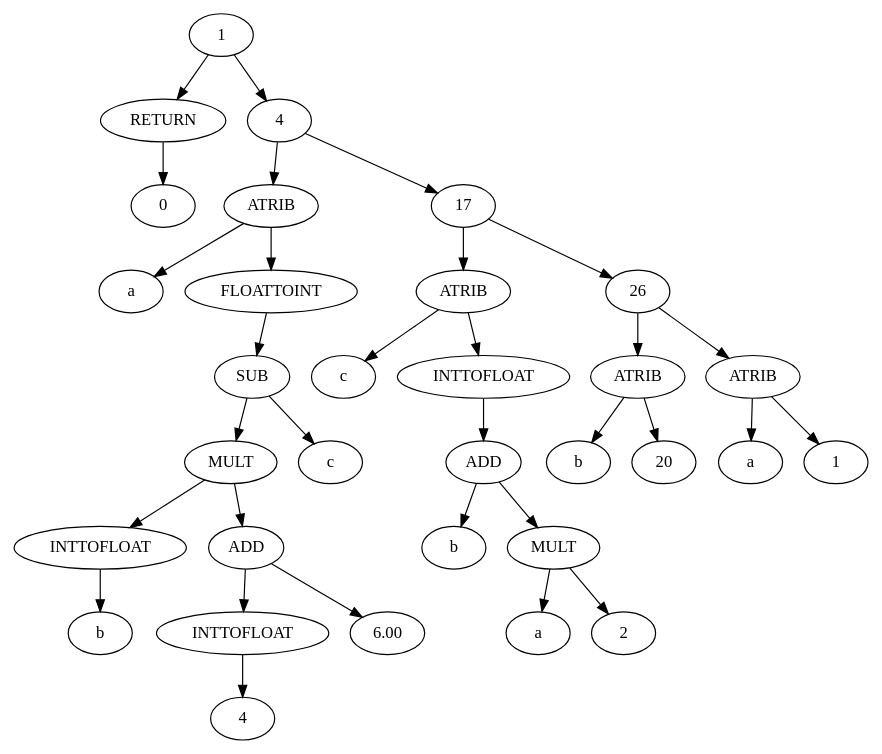
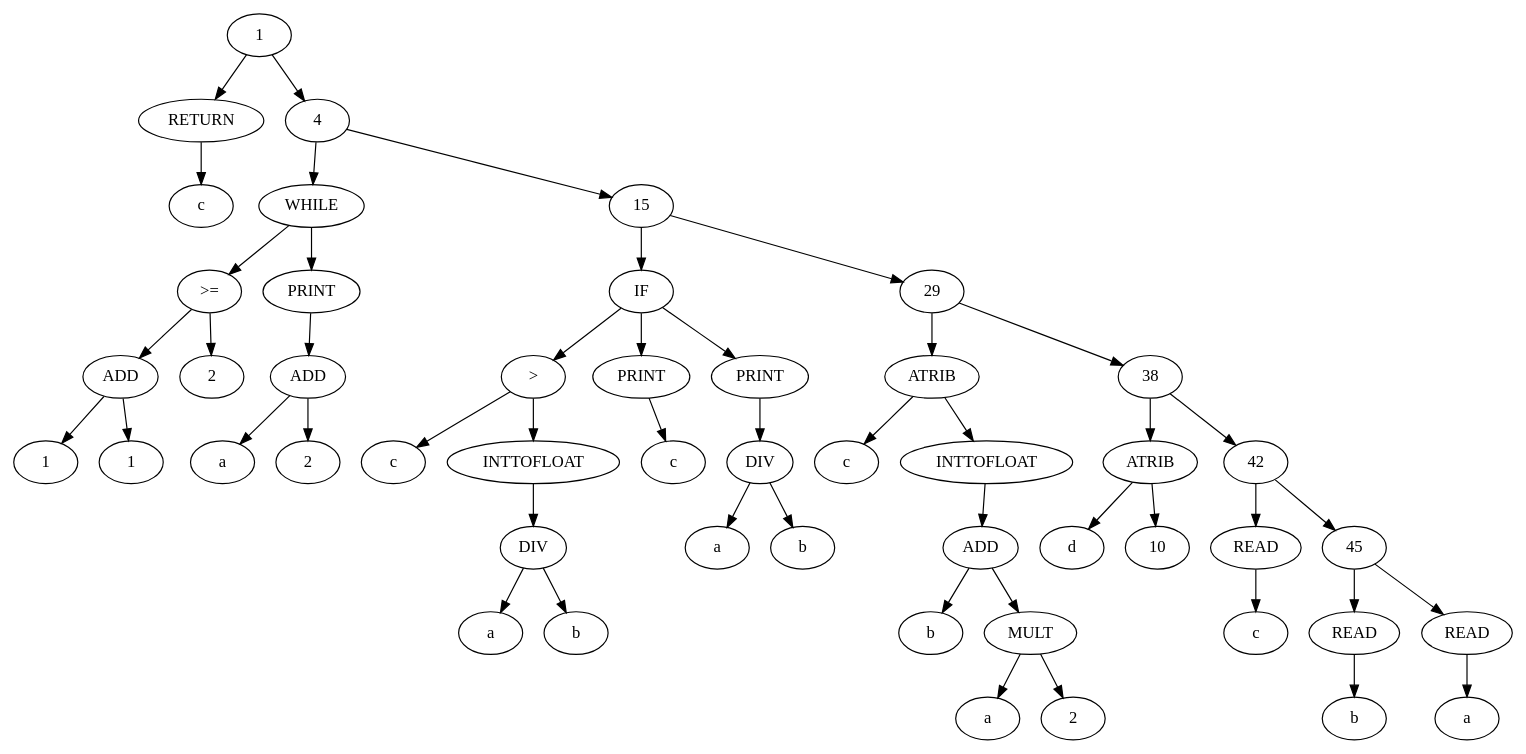
One commit to Kanchii/COM changed the diagram in graph.dot. Above: the diagram before and after it, drawn with Graphviz. The commit also changed 2 other files, not shown here.

```diff
--- a/graph.dot
+++ b/graph.dot
@@ -1,61 +1,92 @@
 digraph G {
 	2 [label = "RETURN"];
-	3 [label = "0"];
-	5 [label = "ATRIB"];
-	6 [label = "a"];
-	7 [label = "FLOATTOINT"];
-	8 [label = "SUB"];
-	9 [label = "MULT"];
-	10 [label = "INTTOFLOAT"];
-	11 [label = "b"];
+	3 [label = "c"];
+	5 [label = "WHILE"];
+	6 [label = ">="];
+	7 [label = "ADD"];
+	8 [label = "1"];
+	9 [label = "1"];
+	10 [label = "2"];
+	11 [label = "PRINT"];
 	12 [label = "ADD"];
-	13 [label = "INTTOFLOAT"];
-	14 [label = "4"];
-	15 [label = "6.00"];
-	16 [label = "c"];
-	18 [label = "ATRIB"];
-	19 [label = "c"];
-	20 [label = "INTTOFLOAT"];
-	21 [label = "ADD"];
+	13 [label = "a"];
+	14 [label = "2"];
+	16 [label = "IF"];
+	17 [label = ">"];
+	18 [label = "c"];
+	19 [label = "INTTOFLOAT"];
+	20 [label = "DIV"];
+	21 [label = "a"];
 	22 [label = "b"];
-	23 [label = "MULT"];
-	24 [label = "a"];
-	25 [label = "2"];
-	27 [label = "ATRIB"];
+	23 [label = "PRINT"];
+	24 [label = "c"];
+	25 [label = "PRINT"];
+	26 [label = "DIV"];
+	27 [label = "a"];
 	28 [label = "b"];
-	29 [label = "20"];
 	30 [label = "ATRIB"];
-	31 [label = "a"];
-	32 [label = "1"];
+	31 [label = "c"];
+	32 [label = "INTTOFLOAT"];
+	33 [label = "ADD"];
+	34 [label = "b"];
+	35 [label = "MULT"];
+	36 [label = "a"];
+	37 [label = "2"];
+	39 [label = "ATRIB"];
+	40 [label = "d"];
+	41 [label = "10"];
+	43 [label = "READ"];
+	44 [label = "c"];
+	46 [label = "READ"];
+	47 [label = "b"];
+	48 [label = "READ"];
+	49 [label = "a"];
 	1 -> 2;
 	2 -> 3;
 	1 -> 4;
 	4 -> 5;
 	5 -> 6;
-	5 -> 7;
+	6 -> 7;
 	7 -> 8;
-	8 -> 9;
-	9 -> 10;
-	10 -> 11;
-	9 -> 12;
+	7 -> 9;
+	6 -> 10;
+	5 -> 11;
+	11 -> 12;
 	12 -> 13;
-	13 -> 14;
-	12 -> 15;
-	8 -> 16;
-	4 -> 17;
+	12 -> 14;
+	4 -> 15;
+	15 -> 16;
+	16 -> 17;
 	17 -> 18;
-	18 -> 19;
-	18 -> 20;
+	17 -> 19;
+	19 -> 20;
 	20 -> 21;
-	21 -> 22;
-	21 -> 23;
+	20 -> 22;
+	16 -> 23;
 	23 -> 24;
-	23 -> 25;
-	17 -> 26;
+	16 -> 25;
+	25 -> 26;
 	26 -> 27;
-	27 -> 28;
-	27 -> 29;
-	26 -> 30;
+	26 -> 28;
+	15 -> 29;
+	29 -> 30;
 	30 -> 31;
 	30 -> 32;
+	32 -> 33;
+	33 -> 34;
+	33 -> 35;
+	35 -> 36;
+	35 -> 37;
+	29 -> 38;
+	38 -> 39;
+	39 -> 40;
+	39 -> 41;
+	38 -> 42;
+	42 -> 43;
+	43 -> 44;
+	42 -> 45;
+	45 -> 46;
+	46 -> 47;
+	45 -> 48;
+	48 -> 49;
 }
```
